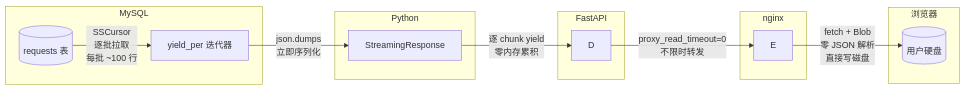
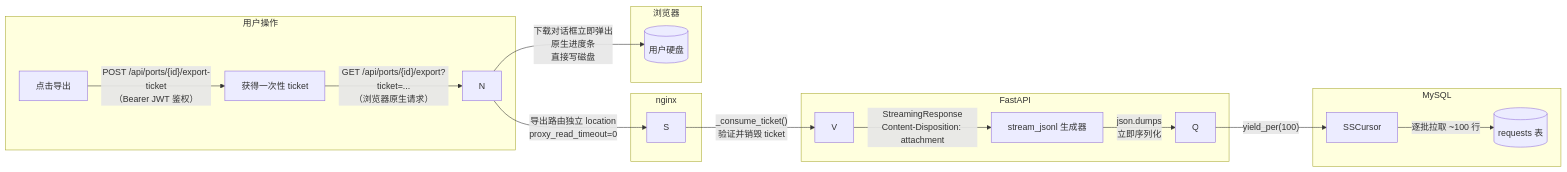
One commit to HaoCheng-Wang/llm-proxy changed the ninth of 14 diagrams in README.md. Above: the diagram before and after it, drawn with Mermaid. The commit also changed other lines of this file, not shown here.

First line of the commit message:
docs: update export architecture section with ticket + browser-native download

````diff
--- a/README.md
+++ b/README.md
@@ -399,18 +399,22 @@
 ```mermaid
 flowchart LR
-    subgraph MySQL
-        A[(requests 表)] -->|"SSCursor<br/>逐批拉取<br/>每批 ~100 行"| B
+    subgraph 用户操作
+        U[点击导出] -->|"POST /api/ports/{id}/export-ticket<br/>（Bearer JWT 鉴权）"| T
+        T[获得一次性 ticket] -->|"GET /api/ports/{id}/export?ticket=...<br/>（浏览器原生请求）"| N
     end
-    subgraph Python
-        B[yield_per 迭代器] -->|"json.dumps<br/>立即序列化"| C
+    subgraph nginx
+        N -->|"导出路由独立 location<br/>proxy_read_timeout=0"| S
     end
     subgraph FastAPI
-        C[StreamingResponse] -->|"逐 chunk yield<br/>零内存累积"| D
+        S -->|"_consume_ticket()<br/>验证并销毁 ticket"| V
+        V -->|"StreamingResponse<br/>Content-Disposition: attachment"| G
+        G[stream_jsonl 生成器] -->|"json.dumps<br/>立即序列化"| Q
     end
-    subgraph nginx
-        D -->|"proxy_read_timeout=0<br/>不限时转发"| E
+    subgraph MySQL
+        Q -->|"yield_per(100)"| C[SSCursor]
+        C -->|"逐批拉取 ~100 行"| D[(requests 表)]
     end
     subgraph 浏览器
-        E -->|"fetch + Blob<br/>零 JSON 解析<br/>直接写磁盘"| F[(用户硬盘)]
+        N -->|"下载对话框立即弹出<br/>原生进度条<br/>直接写磁盘"| F[(用户硬盘)]
     end
 ```
````
